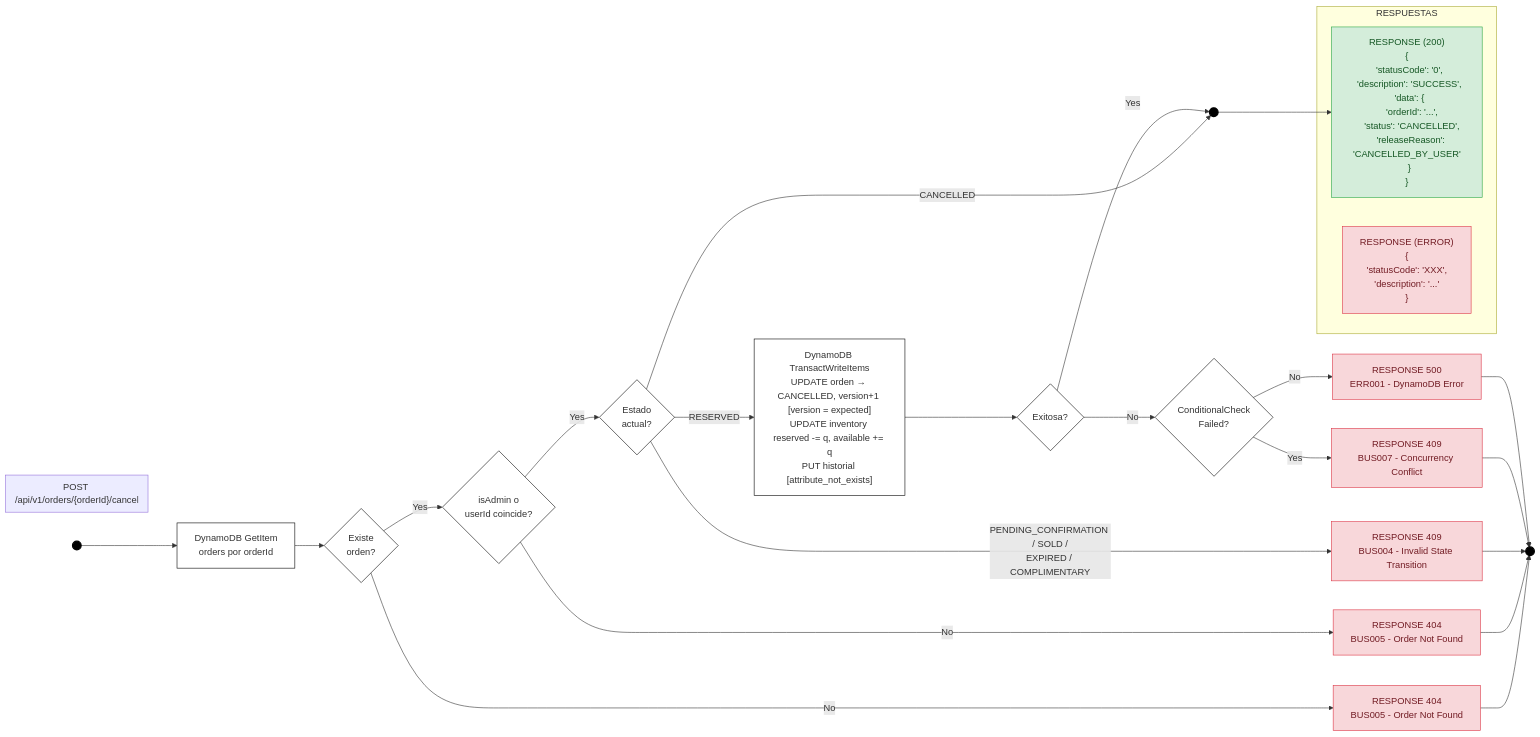
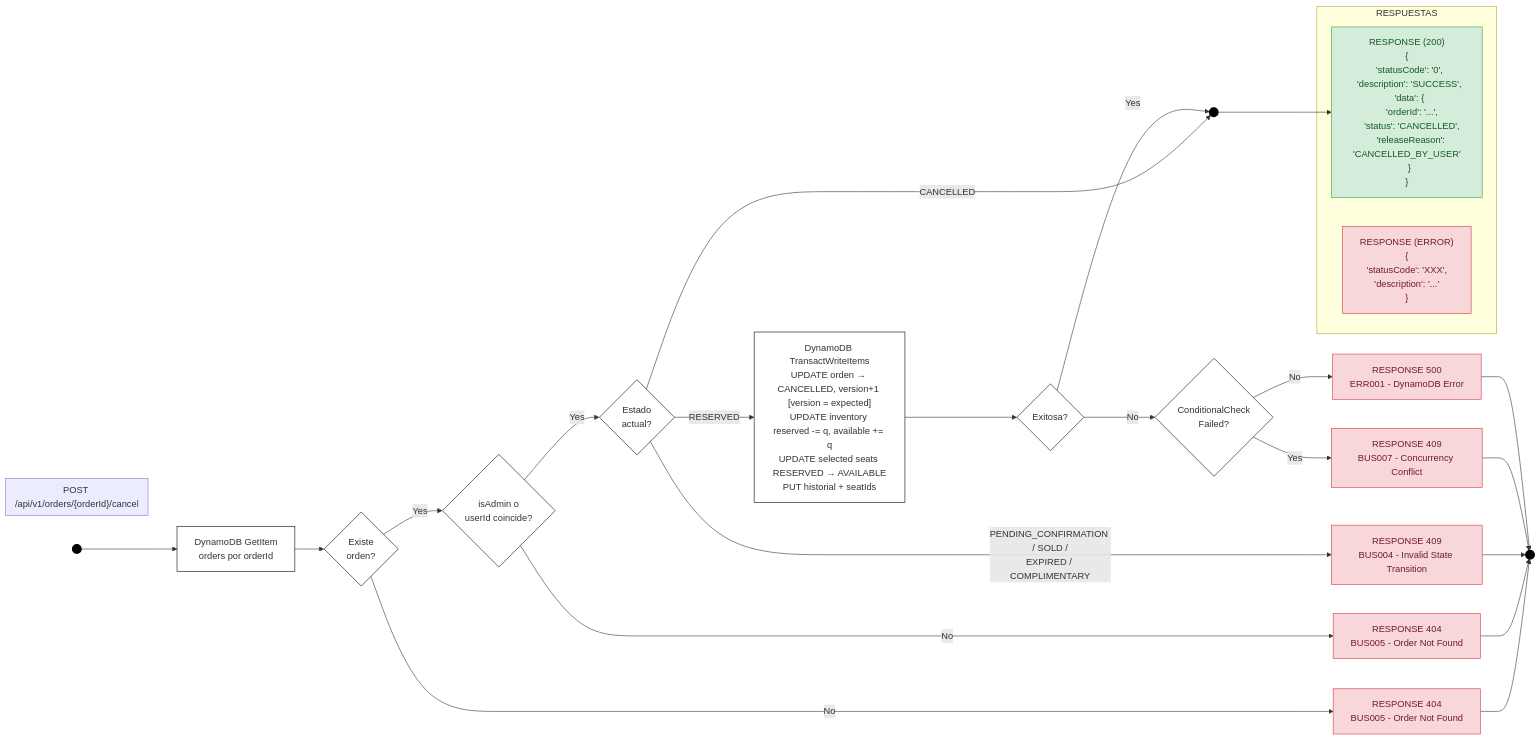
One commit to EstebanRCarmona/ticketing-Nequi changed the diagram in docs/diagramas-flujo/mermaid/08-post-cancel-order.md. Above: the diagram before and after it, drawn with Mermaid. The commit also changed 29 other files, not shown here.

Commit message:
docs: update ticketing flows and architecture

````diff
--- a/docs/diagramas-flujo/mermaid/08-post-cancel-order.md
+++ b/docs/diagramas-flujo/mermaid/08-post-cancel-order.md
@@ -1,53 +1,53 @@
 ```mermaid
 graph LR
     classDef start_end fill:#000,stroke:#000,color:#fff,stroke-width:2px;
     classDef process fill:#fff,stroke:#000,stroke-width:1px;
     classDef decision fill:#fff,stroke:#000,stroke-width:1px;
     classDef success fill:#d4edda,stroke:#28a745,stroke-width:1px,color:#155724;
     classDef error fill:#f8d7da,stroke:#dc3545,stroke-width:1px,color:#721c24;
 
     subgraph Header ["POST /api/v1/orders/{orderId}/cancel"]
         direction LR
     end
 
     Start(( )) --> BuscarOrden["DynamoDB GetItem<br/>orders por orderId"]
 
     BuscarOrden --> ExisteOrden{Existe<br/>orden?}
     ExisteOrden -- No --> R404[RESPONSE 404<br/>BUS005 - Order Not Found]
 
     ExisteOrden -- Yes --> ValidaAcceso{isAdmin o<br/>userId coincide?}
     ValidaAcceso -- No --> R404b[RESPONSE 404<br/>BUS005 - Order Not Found]
 
     ValidaAcceso -- Yes --> EvaluaEstado{Estado<br/>actual?}
 
     EvaluaEstado -- CANCELLED --> SuccessNode(( ))
 
     EvaluaEstado -- PENDING_CONFIRMATION / SOLD /<br/>EXPIRED / COMPLIMENTARY --> R409[RESPONSE 409<br/>BUS004 - Invalid State Transition]
 
-    EvaluaEstado -- RESERVED --> Transaccion["DynamoDB TransactWriteItems<br/>UPDATE orden → CANCELLED, version+1 [version = expected]<br/>UPDATE inventory reserved -= q, available += q<br/>PUT historial [attribute_not_exists]"]
+    EvaluaEstado -- RESERVED --> Transaccion["DynamoDB TransactWriteItems<br/>UPDATE orden → CANCELLED, version+1 [version = expected]<br/>UPDATE inventory reserved -= q, available += q<br/>UPDATE selected seats RESERVED → AVAILABLE<br/>PUT historial + seatIds"]
 
     Transaccion --> Exitosa{Exitosa?}
     Exitosa -- No --> EsConflicto{ConditionalCheck<br/>Failed?}
     EsConflicto -- Yes --> R409con[RESPONSE 409<br/>BUS007 - Concurrency Conflict]
     EsConflicto -- No --> R500[RESPONSE 500<br/>ERR001 - DynamoDB Error]
 
     Exitosa -- Yes --> SuccessNode
     SuccessNode --> R200
 
     subgraph RESPONSES ["RESPUESTAS"]
         R200["RESPONSE (200)<br/>{<br/>  'statusCode': '0',<br/>  'description': 'SUCCESS',<br/>  'data': {<br/>    'orderId': '...',<br/>    'status': 'CANCELLED',<br/>    'releaseReason': 'CANCELLED_BY_USER'<br/>  }<br/>}"]
         R_ERR["RESPONSE (ERROR)<br/>{<br/>  'statusCode': 'XXX',<br/>  'description': '...'<br/>}"]
     end
 
     R404 --> EndNode(( ))
     R404b --> EndNode
     R409 --> EndNode
     R409con --> EndNode
     R500 --> EndNode
 
     class Start,SuccessNode,EndNode start_end;
     class BuscarOrden,Transaccion process;
     class ExisteOrden,ValidaAcceso,EvaluaEstado,Exitosa,EsConflicto decision;
     class R200 success;
     class R404,R404b,R409,R409con,R500,R_ERR error;
 ```
````
